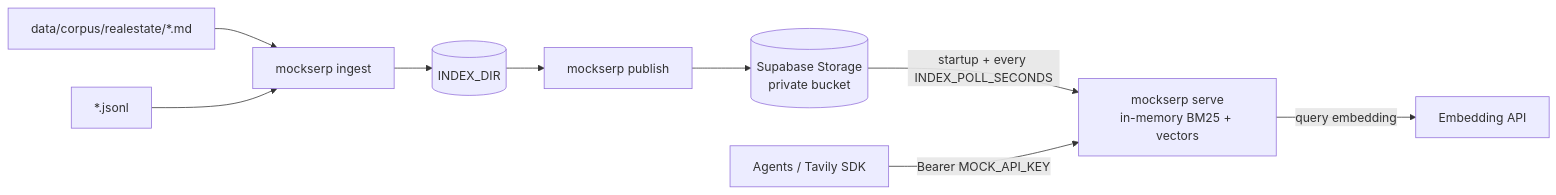
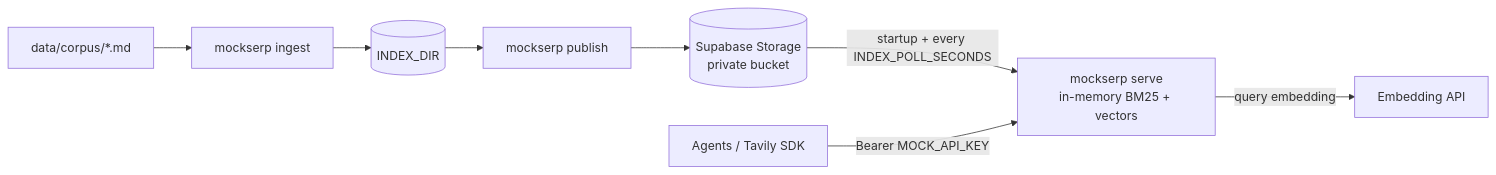
One commit to leminhohoho/mock-vdagent-search-engine changed the diagram in docs/superpowers/specs/2026-10-06-supabase-index-and-deployment-design.md. Above: the diagram before and after it, drawn with Mermaid. The commit also changed other lines of this file, not shown here.

Commit message:
docs(spec): Markdown-only corpus; drop JSONL input, demo corpus and seed crawler; validate SUPABASE_URL

````diff
--- a/docs/superpowers/specs/2026-10-06-supabase-index-and-deployment-design.md
+++ b/docs/superpowers/specs/2026-10-06-supabase-index-and-deployment-design.md
@@ -47,11 +48,10 @@
 ```mermaid
 flowchart LR
-  MD[data/corpus/realestate/*.md] --> I[mockserp ingest]
-  JL[*.jsonl] --> I
+  MD[data/corpus/*.md] --> I[mockserp ingest]
   I --> L[(INDEX_DIR)]
   L --> P[mockserp publish]
   P --> B[(Supabase Storage<br/>private bucket)]
   B -->|startup + every INDEX_POLL_SECONDS| S[mockserp serve<br/>in-memory BM25 + vectors]
   A[Agents / Tavily SDK] -->|Bearer MOCK_API_KEY| S
   S -->|query embedding| E[Embedding API]
 ```
````
